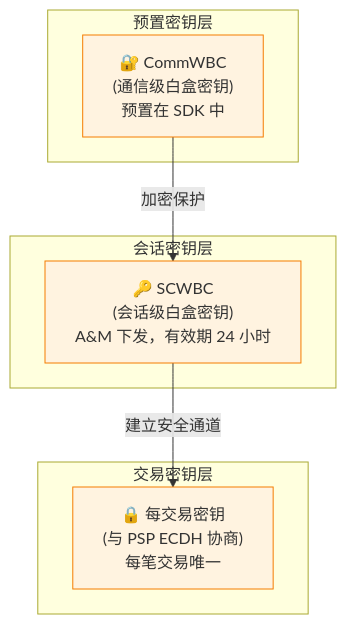
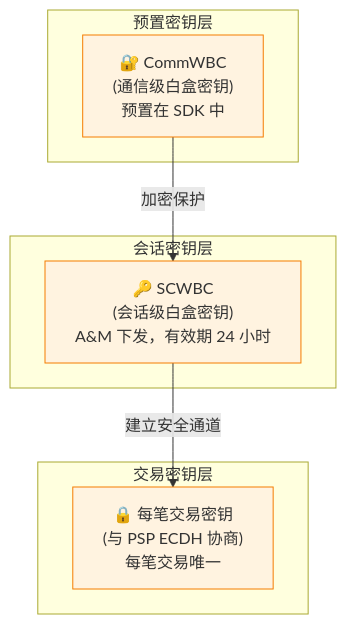
One commit to kevinwangl/sunbay-softpos-docs changed diagram 11 of 21 in solution/MPOC_SDK_API_GUIDE.md. Above: the diagram before and after it, drawn with Mermaid. The commit also changed other lines of this file, not shown here.

````diff
--- a/solution/MPOC_SDK_API_GUIDE.md
+++ b/solution/MPOC_SDK_API_GUIDE.md
@@ -951,21 +951,21 @@
 ```mermaid
 graph TB
     subgraph "预置密钥层"
         CommWBC["🔐 CommWBC<br/>(通信级白盒密钥)<br/>预置在 SDK 中"]
     end
     
     subgraph "会话密钥层"
         SCWBC["🔑 SCWBC<br/>(会话级白盒密钥)<br/>A&M 下发，有效期 24 小时"]
     end
     
     subgraph "交易密钥层"
-        TxKey["🔒 每交易密钥<br/>(与 PSP ECDH 协商)<br/>每笔交易唯一"]
+        TxKey["🔒 每笔交易密钥<br/>(与 PSP ECDH 协商)<br/>每笔交易唯一"]
     end
     
     CommWBC -->|加密保护| SCWBC
     SCWBC -->|建立安全通道| TxKey
     
     style CommWBC fill:#fff3e0,stroke:#f57c00
     style SCWBC fill:#fff3e0,stroke:#f57c00
     style TxKey fill:#fff3e0,stroke:#f57c00
 ```
````
